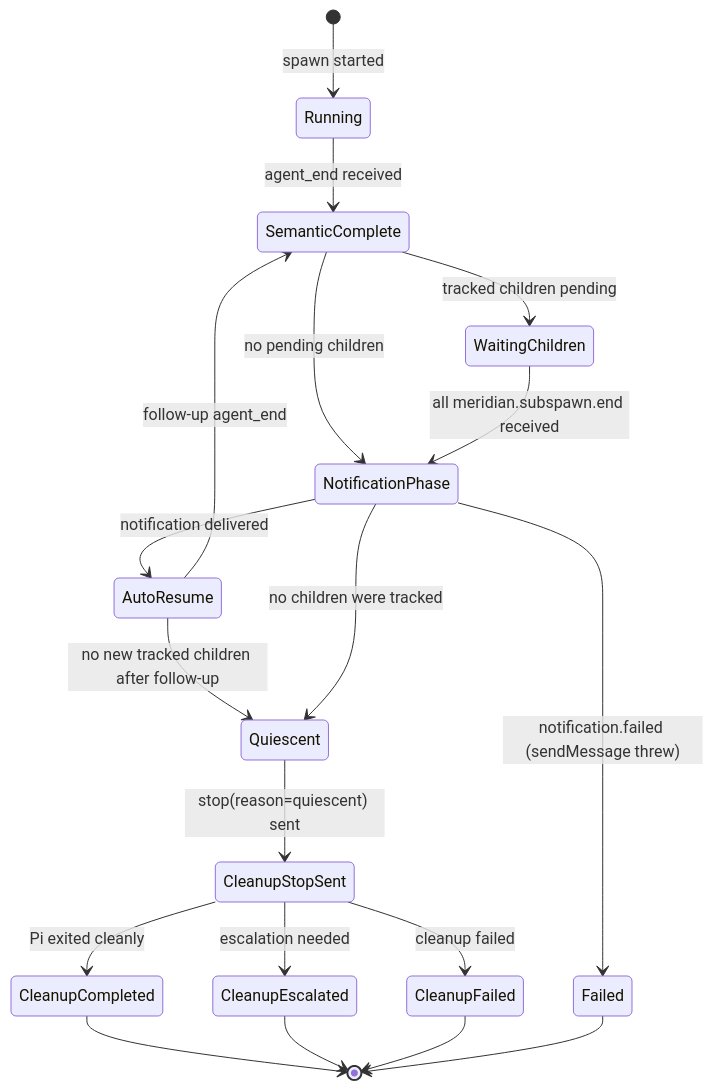
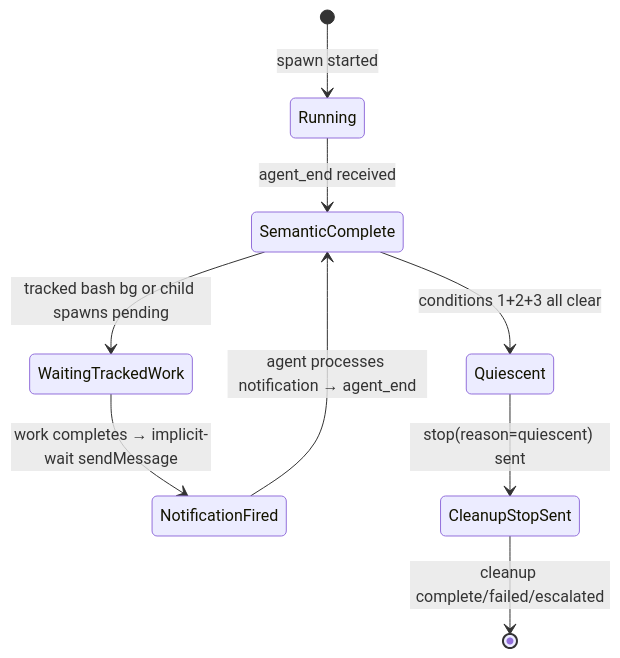
The diagram in kb/architecture/pi-lifecycle.md (haowjy/meridian-cli-kb), drawn with Mermaid before and after one commit. The commit also changed other lines of this file, not shown here.

First line of the commit message:
kb: rewrite pi-lifecycle.md for pi-bg-redesign target architecture

````diff
--- a/kb/architecture/pi-lifecycle.md
+++ b/kb/architecture/pi-lifecycle.md
@@ -81,21 +125,11 @@
 ```mermaid
 stateDiagram-v2
     [*] --> Running: spawn started
     Running --> SemanticComplete: agent_end received
-    SemanticComplete --> WaitingChildren: tracked children pending
-    SemanticComplete --> NotificationPhase: no pending children
-    WaitingChildren --> NotificationPhase: all meridian.subspawn.end received
-    NotificationPhase --> AutoResume: notification delivered
-    NotificationPhase --> Failed: notification.failed (sendMessage threw)
-    AutoResume --> SemanticComplete: follow-up agent_end
-    AutoResume --> Quiescent: no new tracked children after follow-up
-    NotificationPhase --> Quiescent: no children were tracked
+    SemanticComplete --> WaitingTrackedWork: tracked bash bg or child spawns pending
+    SemanticComplete --> Quiescent: conditions 1+2+3 all clear
+    WaitingTrackedWork --> NotificationFired: work completes → implicit-wait sendMessage
+    NotificationFired --> SemanticComplete: agent processes notification → agent_end
     Quiescent --> CleanupStopSent: stop(reason=quiescent) sent
-    CleanupStopSent --> CleanupCompleted: Pi exited cleanly
-    CleanupStopSent --> CleanupEscalated: escalation needed
-    CleanupStopSent --> CleanupFailed: cleanup failed
-    CleanupCompleted --> [*]
-    CleanupEscalated --> [*]
-    CleanupFailed --> [*]
-    Failed --> [*]
+    CleanupStopSent --> [*]: cleanup complete/failed/escalated
 ```
````
